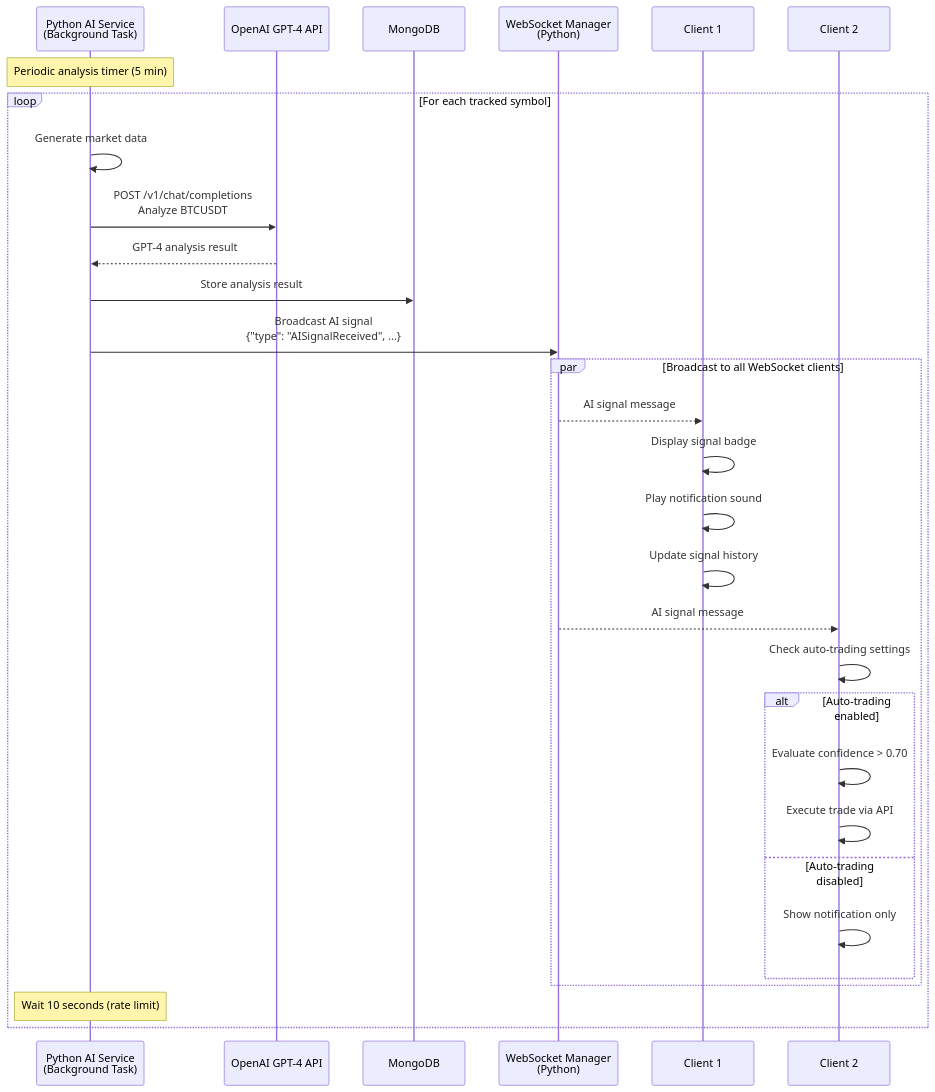
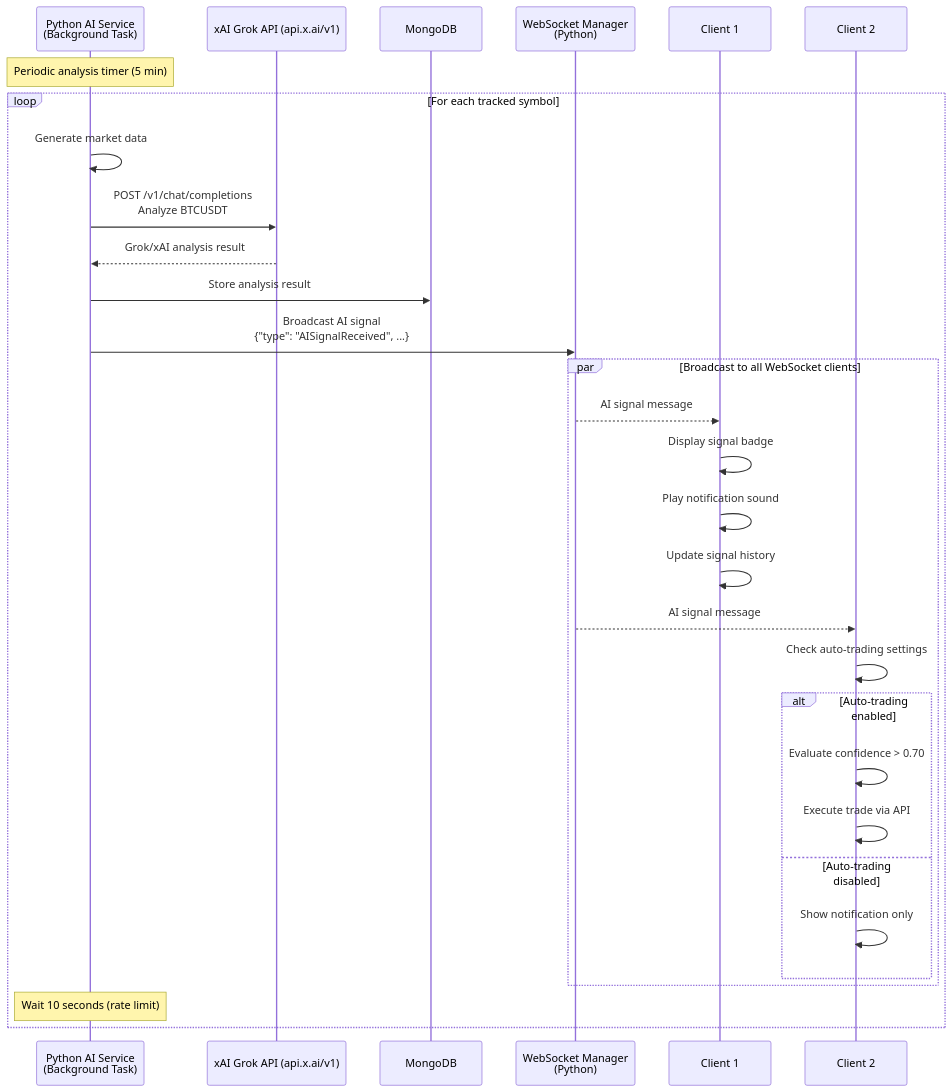
The eighth of 14 diagrams in specifications/02-design/2.3-api/API-SEQUENCES.mermaid (magic-ai-trading-bot/bot-core), drawn with Mermaid before and after one commit. The commit also changed other lines of this file and 52 other files, not shown here.

````diff
--- a/specifications/02-design/2.3-api/API-SEQUENCES.mermaid
+++ b/specifications/02-design/2.3-api/API-SEQUENCES.mermaid
@@ -300,42 +300,42 @@
 ```mermaid
 sequenceDiagram
     participant PythonAI as Python AI Service<br/>(Background Task)
-    participant OpenAI as OpenAI GPT-4 API
+    participant GrokAI as xAI Grok API (api.x.ai/v1)
     participant MongoDB
     participant WSManager as WebSocket Manager<br/>(Python)
     participant Client1 as Client 1
     participant Client2 as Client 2
 
     Note over PythonAI: Periodic analysis timer (5 min)
 
     loop For each tracked symbol
         PythonAI->>PythonAI: Generate market data
 
-        PythonAI->>OpenAI: POST /v1/chat/completions<br/>Analyze BTCUSDT
+        PythonAI->>GrokAI: POST /v1/chat/completions<br/>Analyze BTCUSDT
 
-        OpenAI-->>PythonAI: GPT-4 analysis result
+        GrokAI-->>PythonAI: Grok/xAI analysis result
 
         PythonAI->>MongoDB: Store analysis result
 
         PythonAI->>WSManager: Broadcast AI signal<br/>{"type": "AISignalReceived", ...}
 
         par Broadcast to all WebSocket clients
             WSManager-->>Client1: AI signal message
             Client1->>Client1: Display signal badge
             Client1->>Client1: Play notification sound
             Client1->>Client1: Update signal history
 
             WSManager-->>Client2: AI signal message
             Client2->>Client2: Check auto-trading settings
 
             alt Auto-trading enabled
                 Client2->>Client2: Evaluate confidence > 0.70
                 Client2->>Client2: Execute trade via API
             else Auto-trading disabled
                 Client2->>Client2: Show notification only
             end
         end
 
         Note over PythonAI: Wait 10 seconds (rate limit)
     end
 ```
````
